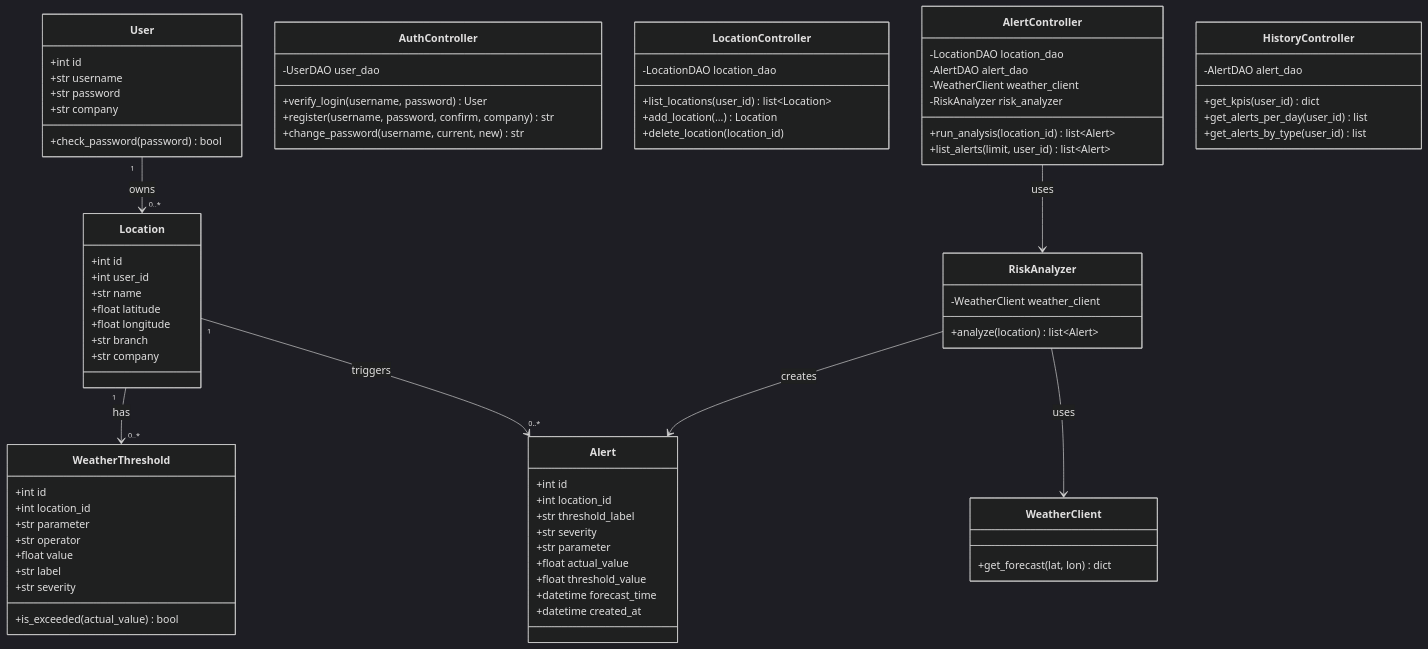
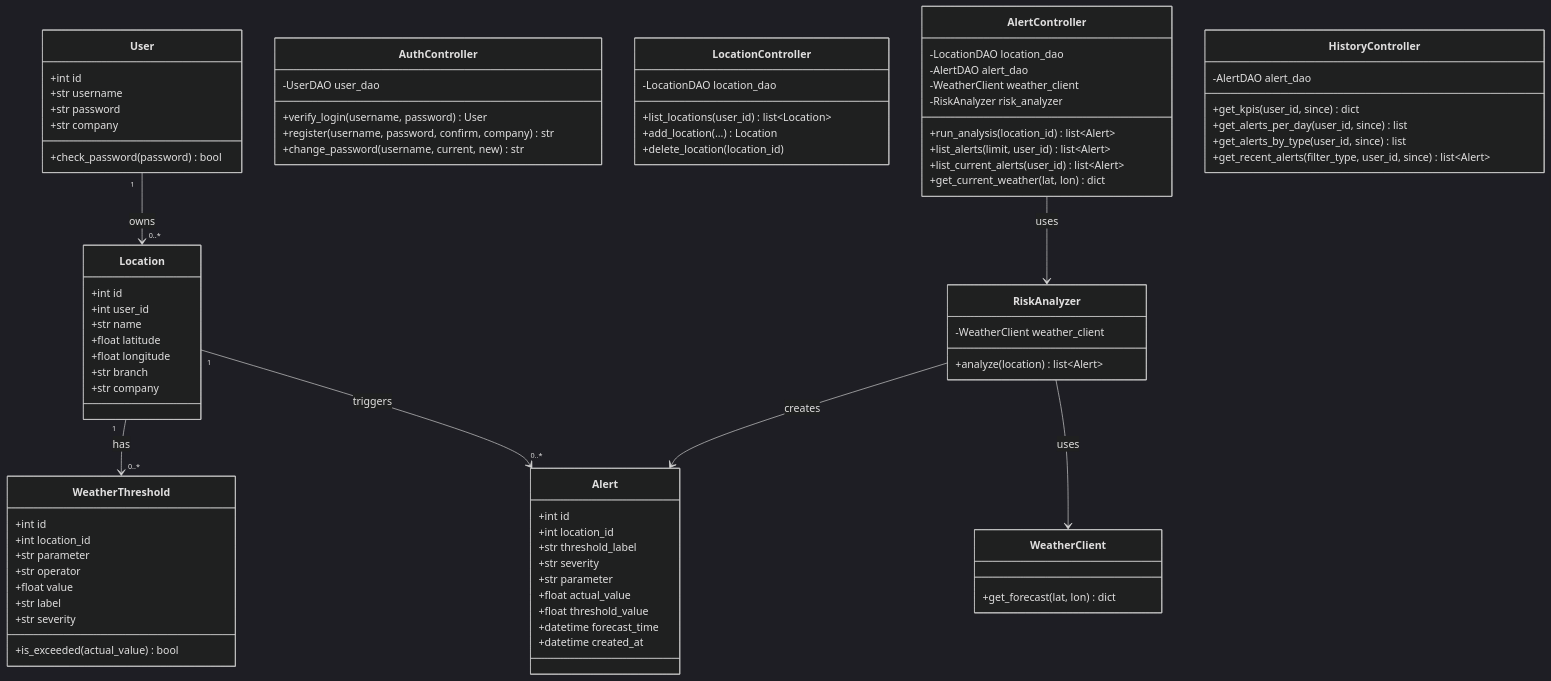
The first of 2 diagrams in README.md (xynabil/WeatherGuard), drawn with Mermaid (dark theme) before and after one commit. The commit also changed other lines of this file, not shown here.

```diff
--- a/README.md
+++ b/README.md
@@ -118,13 +118,16 @@
     -RiskAnalyzer risk_analyzer
     +run_analysis(location_id) list~Alert~
     +list_alerts(limit, user_id) list~Alert~
+    +list_current_alerts(user_id) list~Alert~
+    +get_current_weather(lat, lon) dict
   }
 
   class HistoryController {
     -AlertDAO alert_dao
-    +get_kpis(user_id) dict
-    +get_alerts_per_day(user_id) list
-    +get_alerts_by_type(user_id) list
+    +get_kpis(user_id, since) dict
+    +get_alerts_per_day(user_id, since) list
+    +get_alerts_by_type(user_id, since) list
+    +get_recent_alerts(filter_type, user_id, since) list~Alert~
   }
 
   User "1" --> "0..*" Location : owns
```
